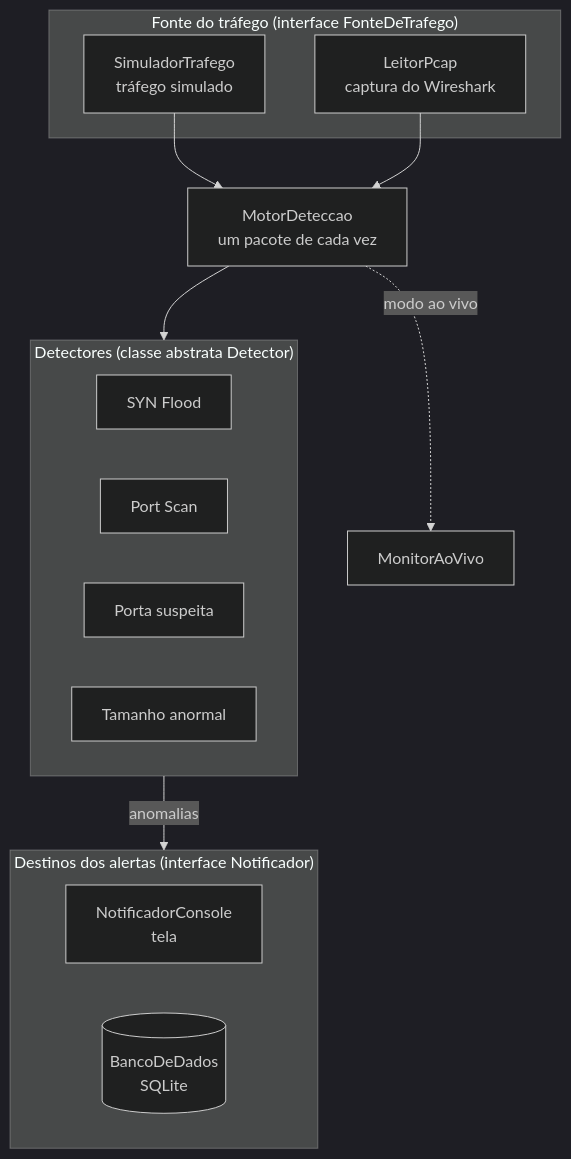
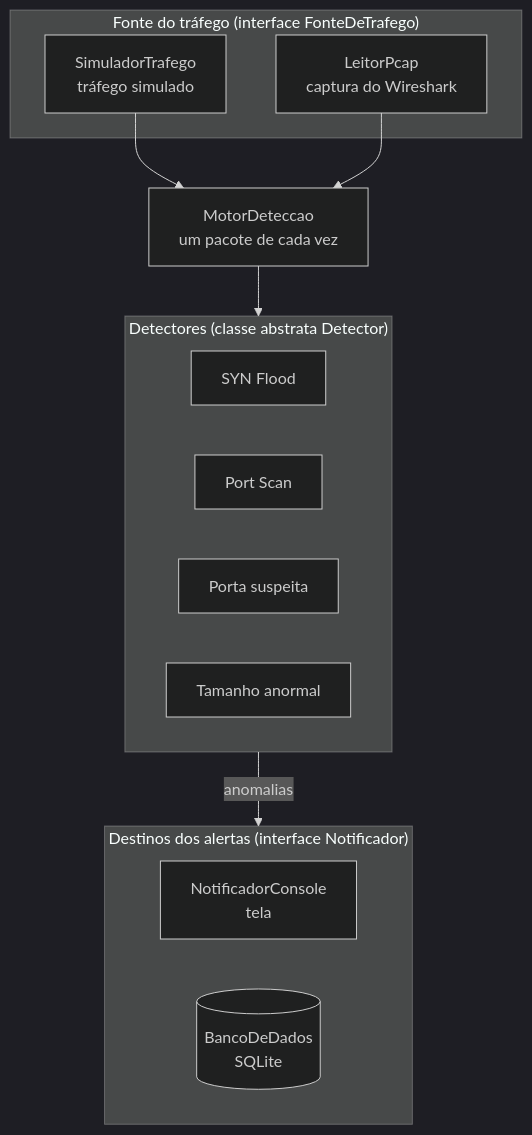
Before and after one commit to Luigi-Pradoo/Projeto-de-C06-Programa-o-Orientada-Objeto-: the first of 2 diagrams in README.md, drawn with Mermaid (dark theme). The commit also changed other lines of this file and 33 other files, not shown here.

````diff
--- a/README.md
+++ b/README.md
@@ -102,22 +99,21 @@
 ```mermaid
 flowchart TB
     subgraph Fonte["Fonte do tráfego (interface FonteDeTrafego)"]
         SIM["SimuladorTrafego<br/>tráfego simulado"]
         PCAP["LeitorPcap<br/>captura do Wireshark"]
     end
     SIM --> MOTOR
     PCAP --> MOTOR
     MOTOR["MotorDeteccao<br/>um pacote de cada vez"] --> DET
     subgraph DET["Detectores (classe abstrata Detector)"]
         D1["SYN Flood"]
         D2["Port Scan"]
         D3["Porta suspeita"]
         D4["Tamanho anormal"]
     end
     DET -- anomalias --> NOT
     subgraph NOT["Destinos dos alertas (interface Notificador)"]
         TELA["NotificadorConsole<br/>tela"]
         BANCO[("BancoDeDados<br/>SQLite")]
     end
-    MOTOR -. modo ao vivo .-> MON["MonitorAoVivo"]
 ```
````
